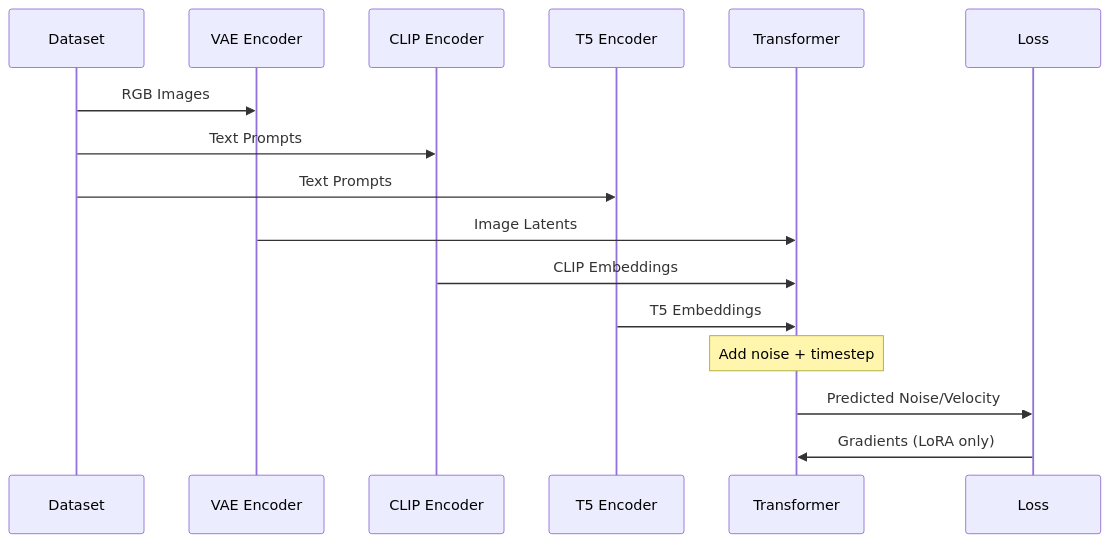
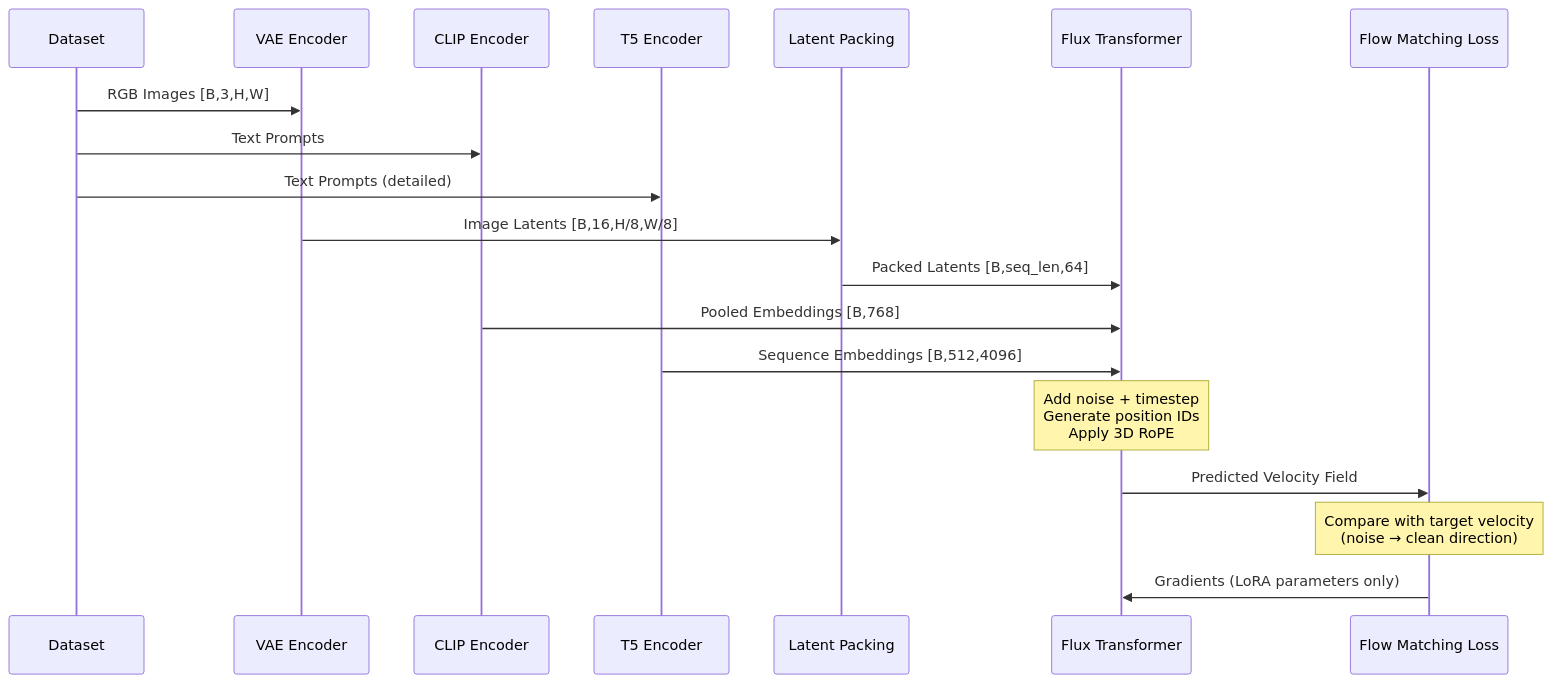
The second of 3 diagrams in docs/architecture/flux_kontext_architecture.md (tsiendragon/qwen-image-finetune), drawn with Mermaid before and after one commit. The commit also changed other lines of this file, not shown here.

Commit message:
feat: doc of flux architecture

````diff
--- a/docs/architecture/flux_kontext_architecture.md
+++ b/docs/architecture/flux_kontext_architecture.md
@@ -497,21 +892,26 @@
 ```mermaid
 sequenceDiagram
     participant Dataset
     participant VAE_Enc as VAE Encoder
     participant CLIP_Enc as CLIP Encoder
     participant T5_Enc as T5 Encoder
-    participant Transformer
-    participant Loss
+    participant Packing as Latent Packing
+    participant Transformer as Flux Transformer
+    participant Loss as Flow Matching Loss
 
-    Dataset->>VAE_Enc: RGB Images
+    Dataset->>VAE_Enc: RGB Images [B,3,H,W]
     Dataset->>CLIP_Enc: Text Prompts
-    Dataset->>T5_Enc: Text Prompts
+    Dataset->>T5_Enc: Text Prompts (detailed)
 
-    VAE_Enc->>Transformer: Image Latents
-    CLIP_Enc->>Transformer: CLIP Embeddings
-    T5_Enc->>Transformer: T5 Embeddings
+    VAE_Enc->>Packing: Image Latents [B,16,H/8,W/8]
+    Packing->>Transformer: Packed Latents [B,seq_len,64]
 
-    Note over Transformer: Add noise + timestep
-    Transformer->>Loss: Predicted Noise/Velocity
-    Loss->>Transformer: Gradients (LoRA only)
+    CLIP_Enc->>Transformer: Pooled Embeddings [B,768]
+    T5_Enc->>Transformer: Sequence Embeddings [B,512,4096]
+
+    Note over Transformer: Add noise + timestep<br/>Generate position IDs<br/>Apply 3D RoPE
+
+    Transformer->>Loss: Predicted Velocity Field
+    Note over Loss: Compare with target velocity<br/>(noise → clean direction)
+    Loss->>Transformer: Gradients (LoRA parameters only)
 ```
````
